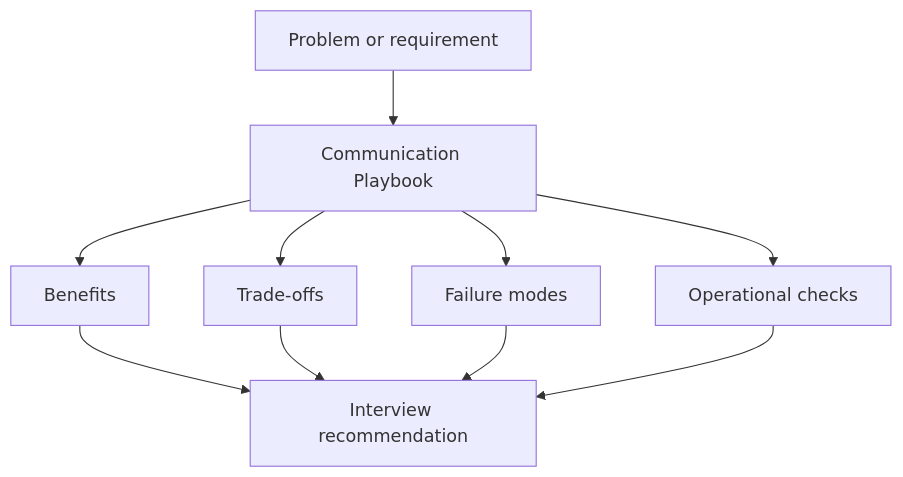
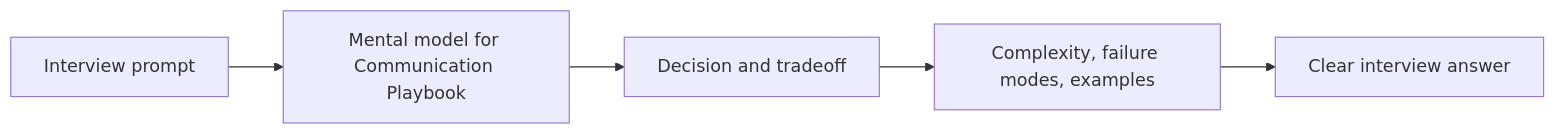
The diagram in interview/communication-playbook/index.md (abstractinterviews/abstractinterviews.github.io), drawn with Mermaid before and after one commit. The commit also changed other lines of this file and 278 other files, not shown here.

````diff
--- a/interview/communication-playbook/index.md
+++ b/interview/communication-playbook/index.md
@@ -148,12 +140,7 @@
-~~~mermaid
-flowchart TD
-    Problem["Problem or requirement"] --> Concept["Communication Playbook"]
-    Concept --> Benefits["Benefits"]
-    Concept --> Tradeoffs["Trade-offs"]
-    Concept --> FailureModes["Failure modes"]
-    Concept --> Operations["Operational checks"]
-    Benefits --> Decision["Interview recommendation"]
-    Tradeoffs --> Decision
-    FailureModes --> Decision
-    Operations --> Decision
-~~~
+```mermaid
+flowchart LR
+    Problem["Interview prompt"] --> Model["Mental model for Communication Playbook"]
+    Model --> Choice["Decision and tradeoff"]
+    Choice --> Evidence["Complexity, failure modes, examples"]
+    Evidence --> Answer["Clear interview answer"]
+```
````
